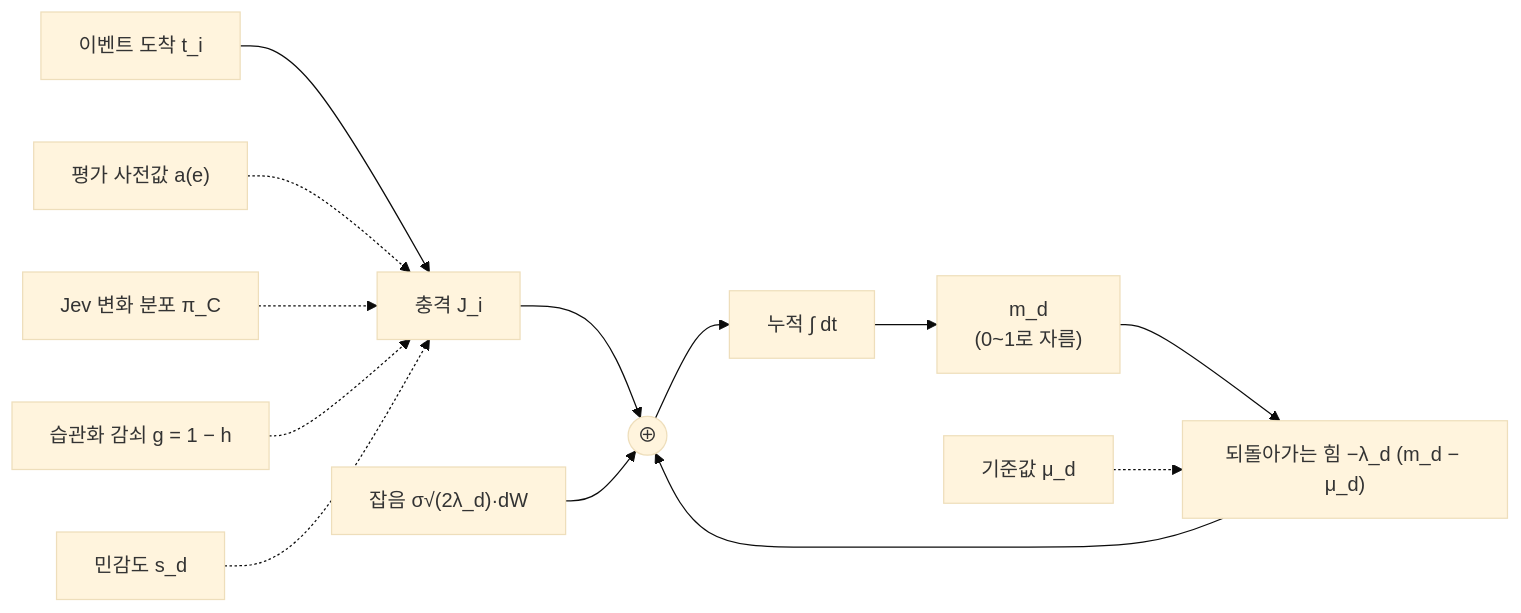
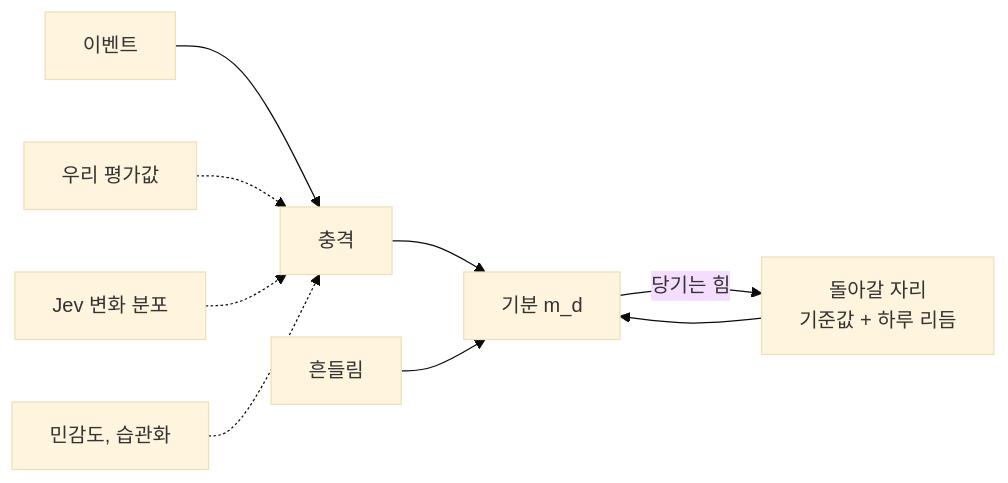
One commit to HEOSEONGILml/AssistantChatBot changed the second of 8 diagrams in ARCHITECTURE.md. Above: the diagram before and after it, drawn with Mermaid (base theme). The commit also changed other lines of this file and 6 other files, not shown here.

````diff
--- a/ARCHITECTURE.md
+++ b/ARCHITECTURE.md
@@ -97,15 +84,11 @@
 ```mermaid
 flowchart LR
-  EV["이벤트 도착 t_i"] --> J["충격 J_i"]
-  AP["평가 사전값 a(e)"] -.-> J
-  PC["Jev 변화 분포 π_C"] -.-> J
-  G["습관화 감쇠 g = 1 − h"] -.-> J
-  SD["민감도 s_d"] -.-> J
-  J --> SUM(("⊕"))
-  NZ["잡음 σ√(2λ_d)·dW"] --> SUM
-  SUM --> INT["누적 ∫ dt"]
-  INT --> M["m_d<br>(0~1로 자름)"]
-  M --> FB["되돌아가는 힘 −λ_d (m_d − μ_d)"]
-  FB --> SUM
-  MU["기준값 μ_d"] -.-> FB
+  EV["이벤트"] --> J["충격"]
+  AP["우리 평가값"] -.-> J
+  PC["Jev 변화 분포"] -.-> J
+  SG["민감도, 습관화"] -.-> J
+  J --> M["기분 m_d"]
+  NZ["흔들림"] --> M
+  M -->|"당기는 힘"| HOME["돌아갈 자리<br>기준값 + 하루 리듬"]
+  HOME --> M
 ```
````
